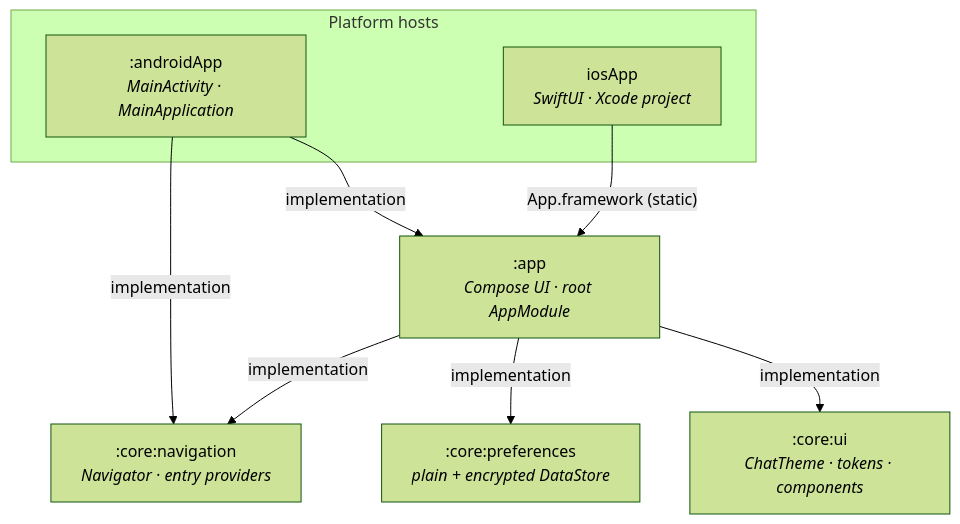
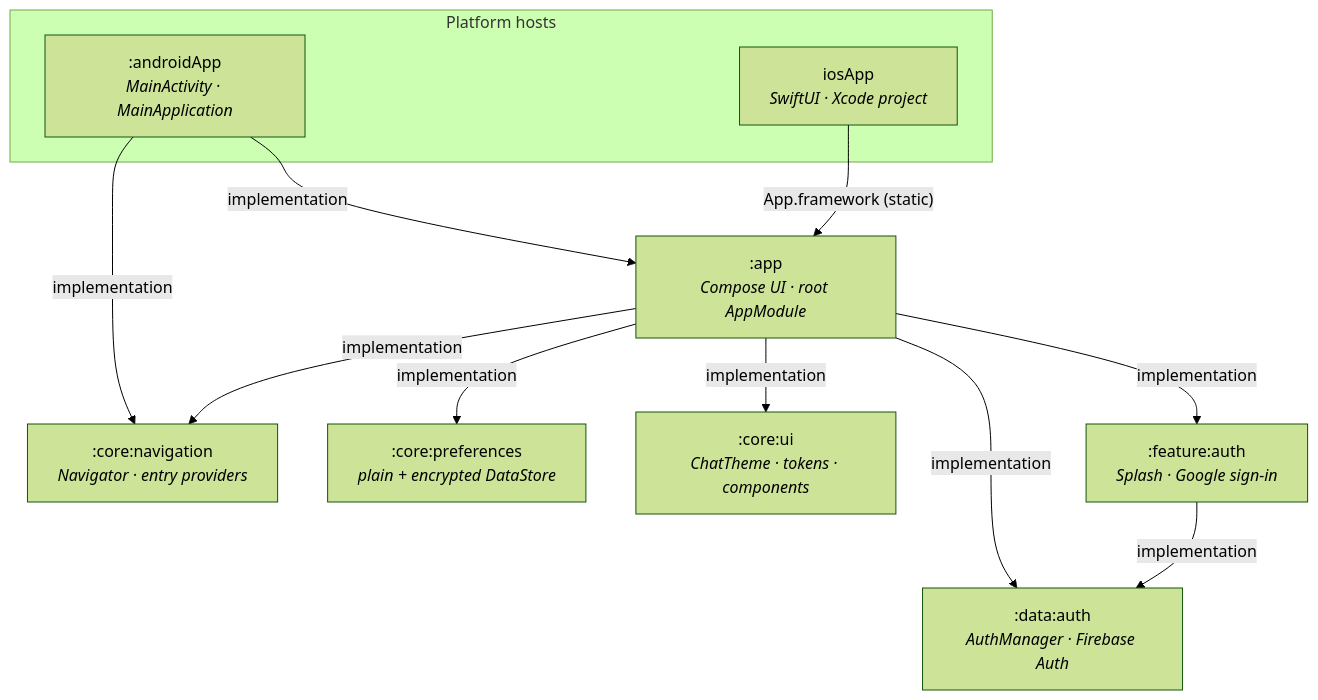
One commit to weslley-poatek/chat changed the diagram in README.md. Above: the diagram before and after it, drawn with Mermaid (forest theme). The commit also changed other lines of this file and 57 other files, not shown here.

Commit message:
✨ feat: Add sign-in screen with Google sign-in.

````diff
--- a/README.md
+++ b/README.md
@@ -82,19 +83,24 @@
 ```mermaid
 flowchart TD
     subgraph hosts ["Platform hosts"]
         androidApp[":androidApp<br/><i>MainActivity · MainApplication</i>"]
         iosApp["iosApp<br/><i>SwiftUI · Xcode project</i>"]
     end
 
     app[":app<br/><i>Compose UI · root AppModule</i>"]
     nav[":core:navigation<br/><i>Navigator · entry providers</i>"]
     prefs[":core:preferences<br/><i>plain + encrypted DataStore</i>"]
     ui[":core:ui<br/><i>ChatTheme · tokens · components</i>"]
+    featureAuth[":feature:auth<br/><i>Splash · Google sign-in</i>"]
+    dataAuth[":data:auth<br/><i>AuthManager · Firebase Auth</i>"]
 
     androidApp -- "implementation" --> app
     androidApp -- "implementation" --> nav
     iosApp -- "App.framework (static)" --> app
     app -- "implementation" --> nav
     app -- "implementation" --> prefs
     app -- "implementation" --> ui
+    app -- "implementation" --> featureAuth
+    app -- "implementation" --> dataAuth
+    featureAuth -- "implementation" --> dataAuth
 ```
````
